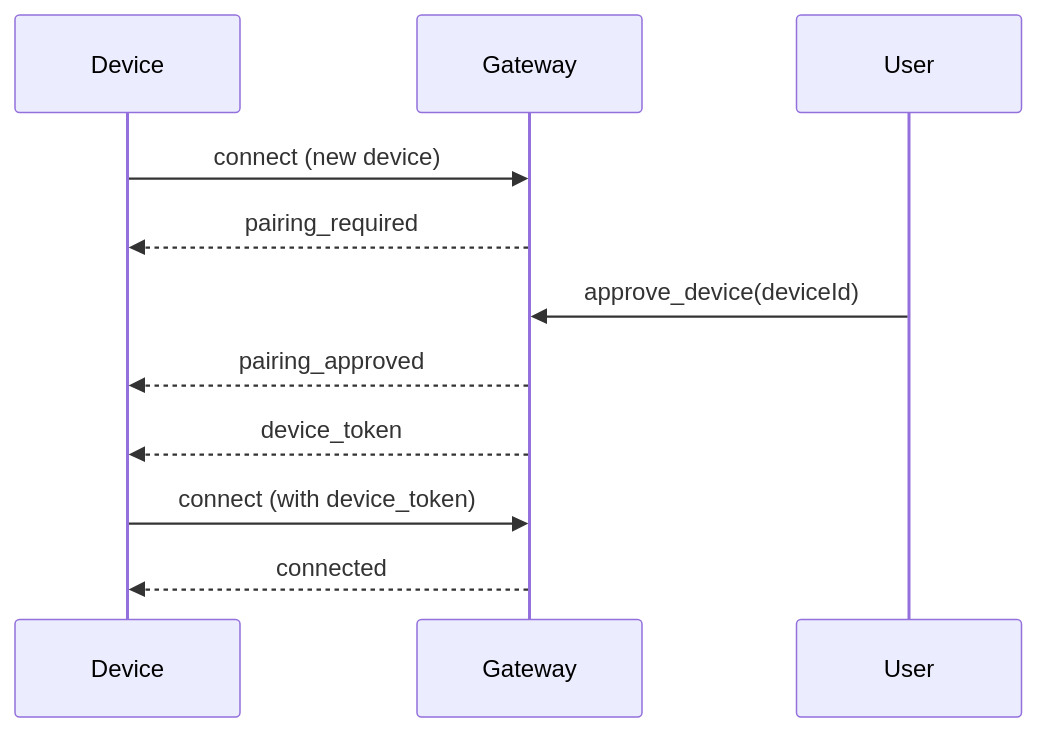
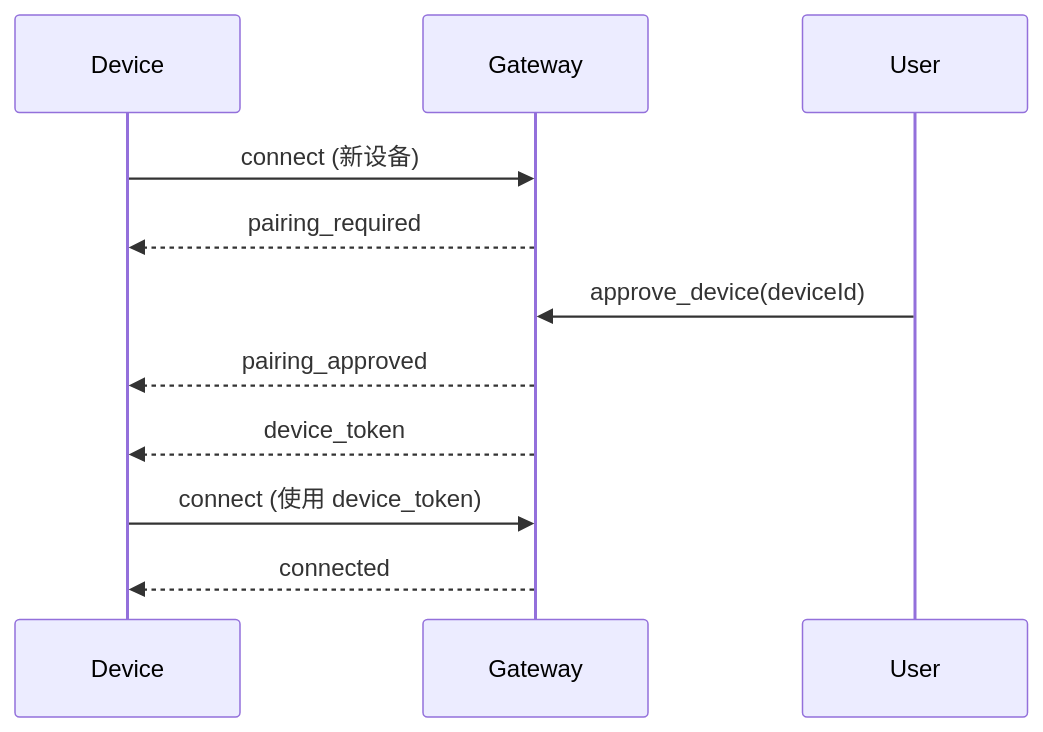
Before and after one commit to a576378368/openclaw_docs: the first of 3 diagrams in docs/zh/architecture-book/part-4-gateway-protocol/05-auth-security.md, drawn with Mermaid. The commit also changed other lines of this file and 4 other files, not shown here.

````diff
--- a/docs/zh/architecture-book/part-4-gateway-protocol/05-auth-security.md
+++ b/docs/zh/architecture-book/part-4-gateway-protocol/05-auth-security.md
@@ -69,14 +69,14 @@
 ```mermaid
 sequenceDiagram
     participant Device
     participant Gateway
     participant User
 
-    Device->>Gateway: connect (new device)
+    Device->>Gateway: connect (新设备)
     Gateway-->>Device: pairing_required
     User->>Gateway: approve_device(deviceId)
     Gateway-->>Device: pairing_approved
     Gateway-->>Device: device_token
-    Device->>Gateway: connect (with device_token)
+    Device->>Gateway: connect (使用 device_token)
     Gateway-->>Device: connected
 ```
````
